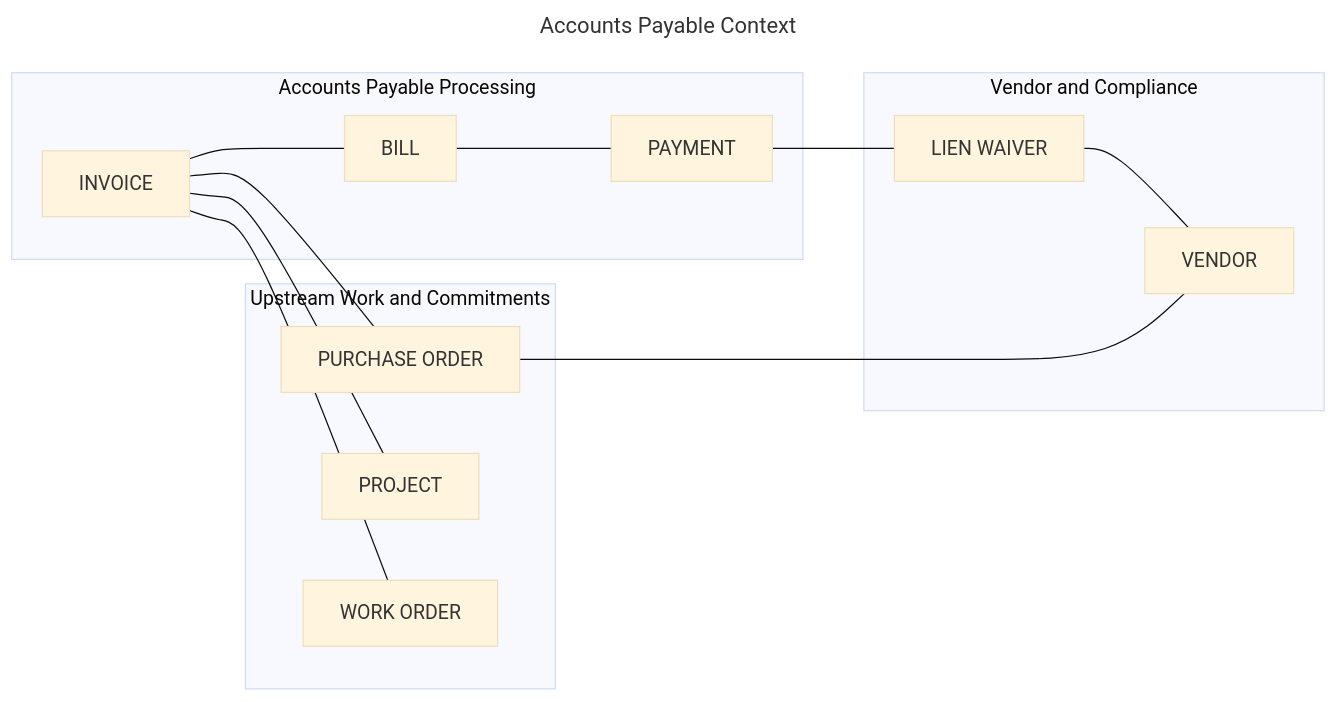
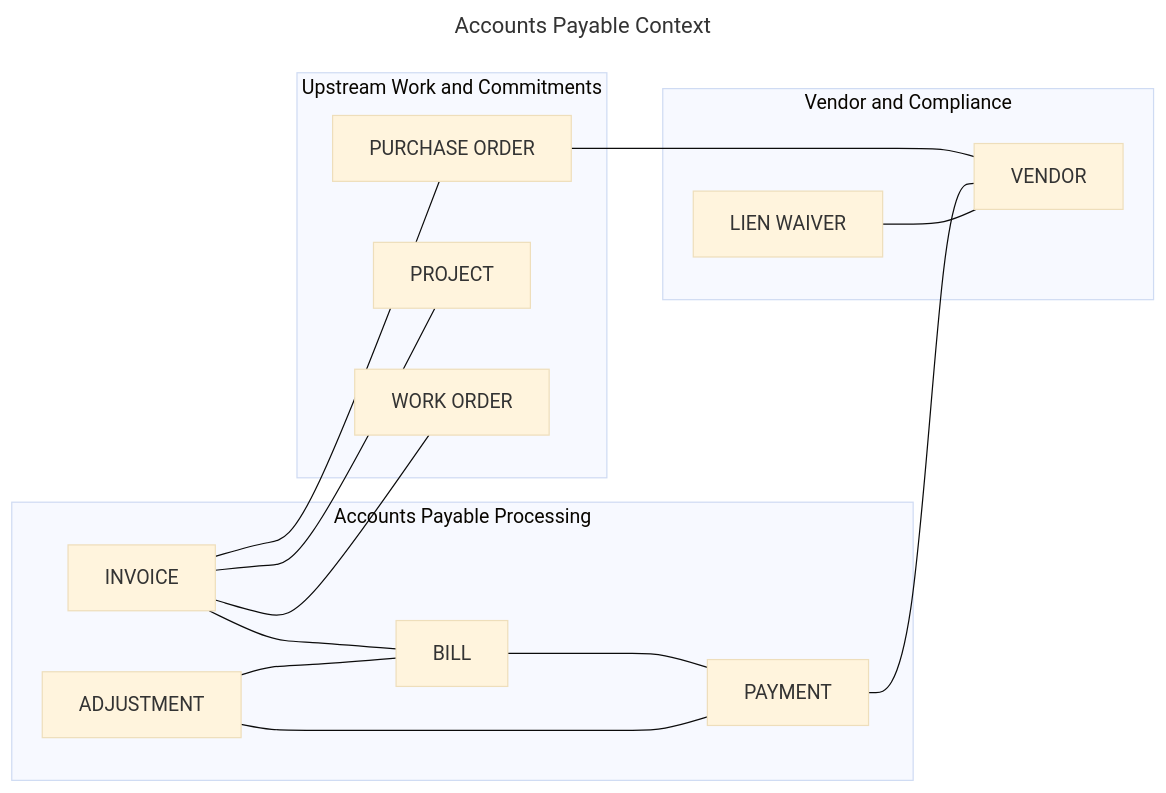
One commit to mcknz76/diagram-example changed the diagram in accounts-payable-bounded-context.mmd. Above: the diagram before and after it, drawn with Mermaid (base theme).

Commit message:
updated accounts payable

```diff
--- a/accounts-payable-bounded-context.mmd
+++ b/accounts-payable-bounded-context.mmd
@@ -1,51 +1,46 @@
 ---
 title: Accounts Payable Context
 ---
 
 flowchart LR
 
 %% -----------------------------------
 %% Accounts Payable Processing
 %% -----------------------------------
-subgraph AP_PROCESSING["Accounts&nbsp;Payable&nbsp;Processing"]
+subgraph APProcessing["Accounts&nbsp;Payable&nbsp;Processing"]
     INVOICE["INVOICE"]
     BILL["BILL"]
     PAYMENT["PAYMENT"]
+    ADJUSTMENT["ADJUSTMENT"]
 end
 
 %% -----------------------------------
 %% Upstream Work and Commitments
 %% -----------------------------------
-subgraph UPSTREAM["Upstream&nbsp;Work&nbsp;and&nbsp;Commitments"]
+subgraph Upstream["Upstream&nbsp;Work&nbsp;and&nbsp;Commitments"]
     PURCHASE_ORDER["PURCHASE ORDER"]
     PROJECT["PROJECT"]
     WORK_ORDER["WORK ORDER"]
 end
 
 %% -----------------------------------
 %% Vendor and Compliance
 %% -----------------------------------
-subgraph VENDOR_CTX["Vendor&nbsp;and&nbsp;Compliance"]
+subgraph VendorCompliance["Vendor&nbsp;and&nbsp;Compliance"]
+    VENDOR["VENDOR"]
     LIEN_WAIVER["LIEN WAIVER"]
-    VENDOR["VENDOR"]
 end
 
 %% -----------------------------------
-%% AP Processing Flows
+%% Relationships
 %% -----------------------------------
 INVOICE --- BILL
 BILL --- PAYMENT
-
-%% -----------------------------------
-%% Upstream Work & Commitments Flows
-%% -----------------------------------
+ADJUSTMENT --- BILL
+ADJUSTMENT --- PAYMENT
 INVOICE --- PURCHASE_ORDER
 INVOICE --- PROJECT
 INVOICE --- WORK_ORDER
-
-%% -----------------------------------
-%% Vendor & Compliance Flows
-%% -----------------------------------
-PAYMENT --- LIEN_WAIVER
+PURCHASE_ORDER --- VENDOR
+PAYMENT --- VENDOR
 LIEN_WAIVER --- VENDOR
-PURCHASE_ORDER --- VENDOR
```
